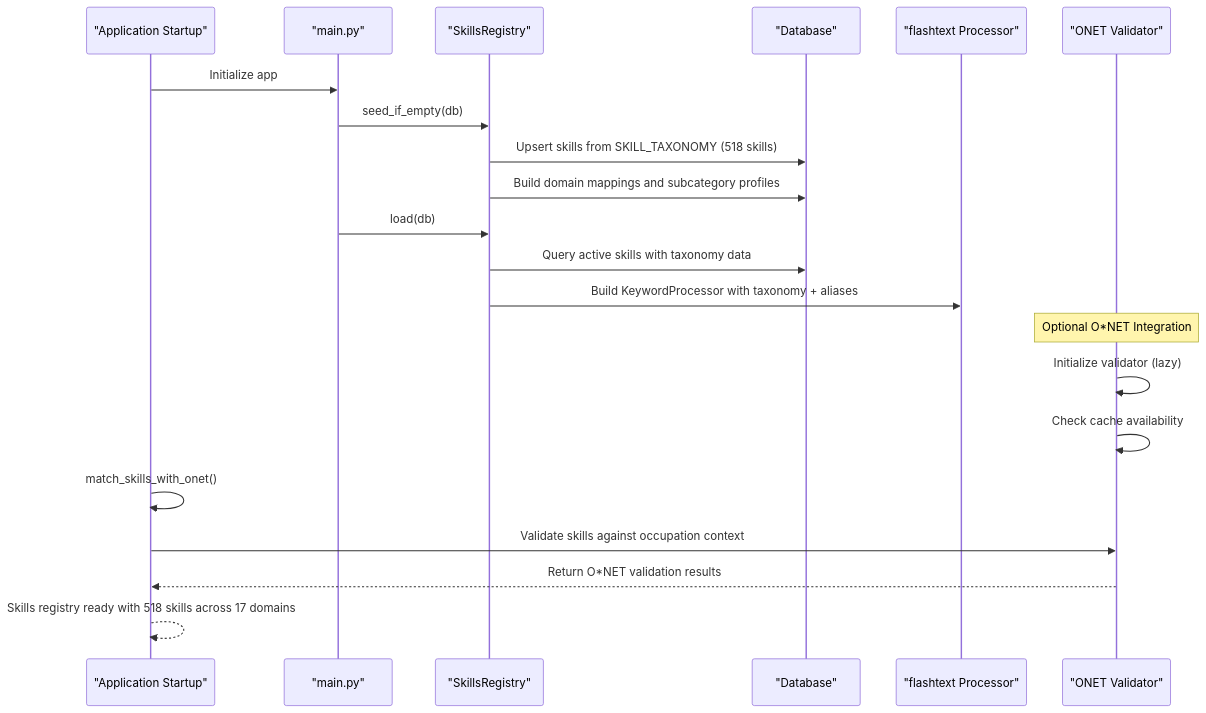
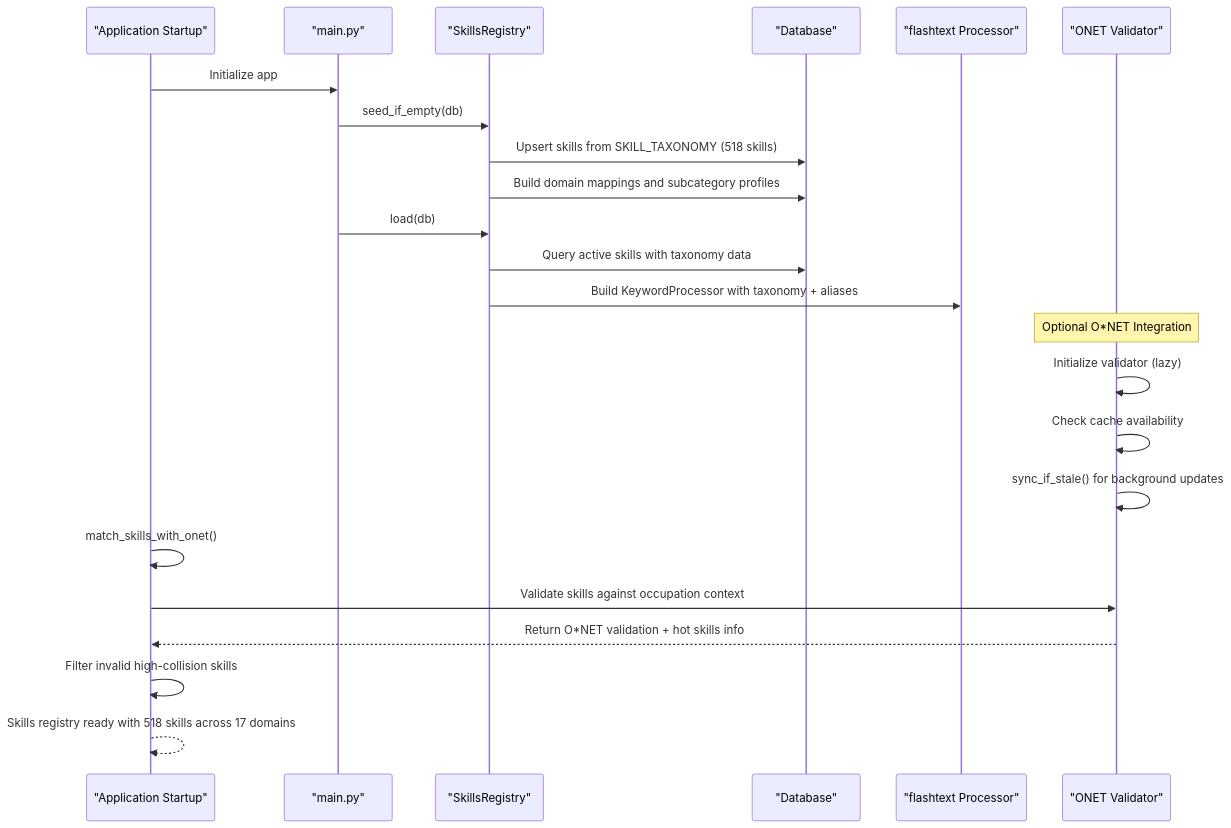
One commit to Revanththetalogics/aireume changed the second of 8 diagrams in .qoder/repowiki/en/content/Advanced Topics/Skills Registry Extension.md. Above: the diagram before and after it, drawn with Mermaid. The commit also changed other lines of this file and 41 other files, not shown here.

````diff
--- a/.qoder/repowiki/en/content/Advanced Topics/Skills Registry Extension.md
+++ b/.qoder/repowiki/en/content/Advanced Topics/Skills Registry Extension.md
@@ -153,23 +181,25 @@
 ```mermaid
 sequenceDiagram
 participant APP as "Application Startup"
 participant MAIN as "main.py"
 participant SR as "SkillsRegistry"
 participant DB as "Database"
 participant REG as "flashtext Processor"
 participant ONET as "ONET Validator"
 APP->>MAIN : Initialize app
 MAIN->>SR : seed_if_empty(db)
 SR->>DB : Upsert skills from SKILL_TAXONOMY (518 skills)
 SR->>DB : Build domain mappings and subcategory profiles
 MAIN->>SR : load(db)
 SR->>DB : Query active skills with taxonomy data
 SR->>REG : Build KeywordProcessor with taxonomy + aliases
 Note over ONET : Optional O*NET Integration
 ONET->>ONET : Initialize validator (lazy)
 ONET->>ONET : Check cache availability
+ONET->>ONET : sync_if_stale() for background updates
 APP->>APP : match_skills_with_onet()
 APP->>ONET : Validate skills against occupation context
-ONET-->>APP : Return O*NET validation results
+ONET-->>APP : Return O*NET validation + hot skills info
+APP->>APP : Filter invalid high-collision skills
 APP-->>APP : Skills registry ready with 518 skills across 17 domains
 ```
````
